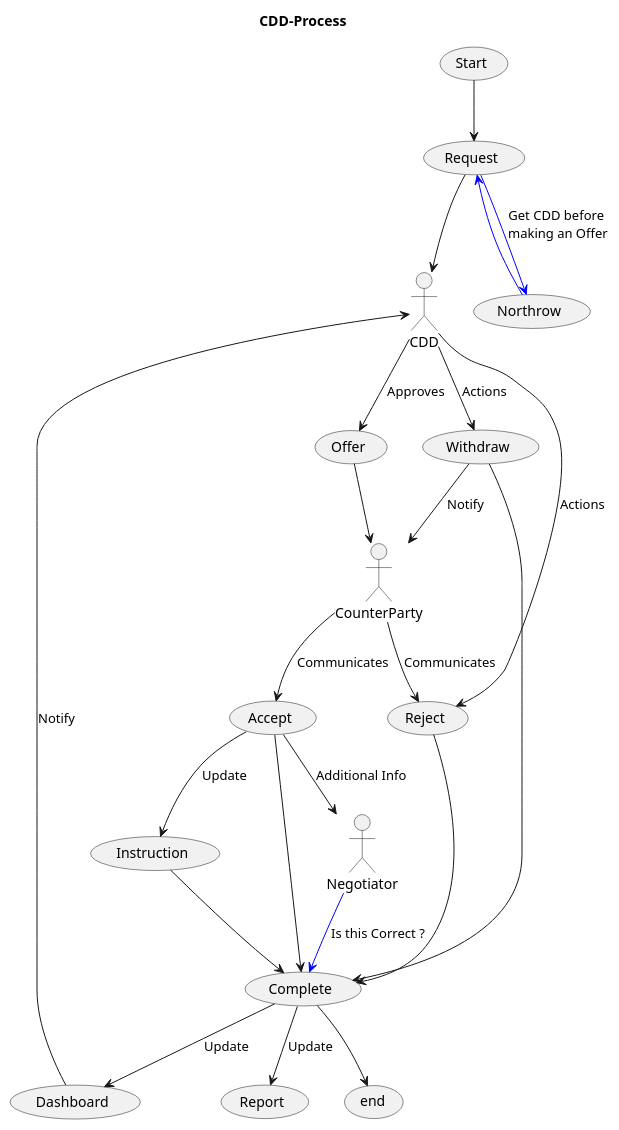
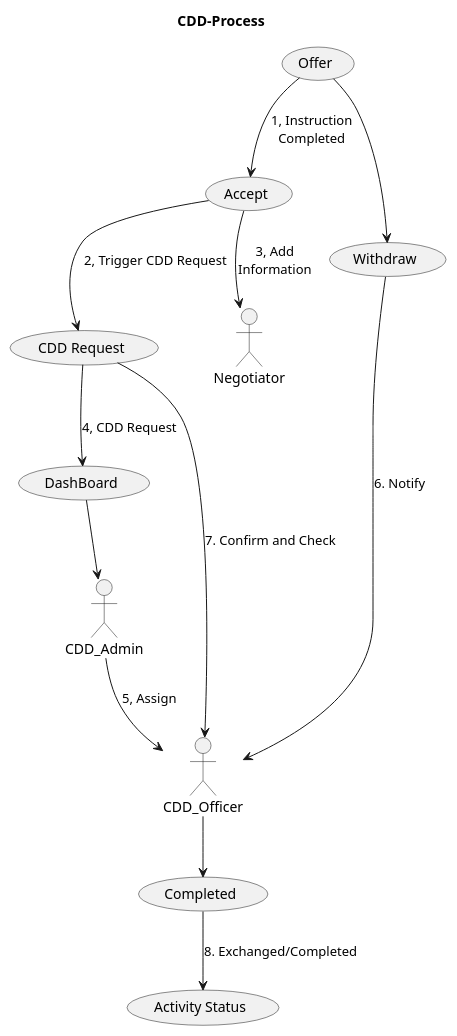
The diagram in assets/CDD-Process.puml (Kf-GaryNewport/Kf-GaryNewport.github.io), drawn with PlantUML before and after one commit. The commit also changed 1 other file, not shown here.

```diff
--- a/assets/CDD-Process.puml
+++ b/assets/CDD-Process.puml
@@ -1,33 +1,17 @@
 @startuml CDDProcess
 
 title CDD-Process
 
-(Start) --> (Request)
-(Request) --> CDD
-(Request) -[#0000FF]-> (Northrow) : Get CDD before \nmaking an Offer
-(Northrow) -[#0000FF]-> (Request)  
-  
-CDD --> (Offer) : Approves
-CDD --> (Withdraw) : Actions
-CDD --> (Reject) : Actions
-
-(Offer) --> CounterParty  
-(Withdraw) --> CounterParty : Notify
-CounterParty --> (Accept) : Communicates
-CounterParty --> (Reject) : Communicates
-
-(Accept) --> (Complete)
-(Accept) --> Negotiator : Additional Info
-(Accept) --> (Instruction) : Update
-Negotiator -[#0000FF]-> (Complete) : Is this Correct ?
-(Instruction) --> (Complete) 
-
-(Reject) --> (Complete)
-(Withdraw) --> (Complete)
-
-(Complete) --> (Dashboard) : Update
-(Complete) --> (Report) : Update
-(Dashboard) --> CDD : Notify
-(Complete) --> (end)
+(Offer) --> (Accept) : 1, Instruction\nCompleted
+(Accept) --> (CDD Request) : 2, Trigger CDD Request
+(Accept) --> Negotiator : 3, Add\nInformation
+(CDD Request) --> (DashBoard) : 4, CDD Request
+(DashBoard) --> CDD_Admin
+CDD_Admin --> CDD_Officer : 5, Assign
+(Offer) --> (Withdraw) 
+(Withdraw) --> CDD_Officer : 6. Notify
+(CDD Request) --> CDD_Officer : 7. Confirm and Check
+CDD_Officer --> (Completed)
+(Completed) --> (Activity Status) : 8. Exchanged/Completed
 
 @enduml
```
